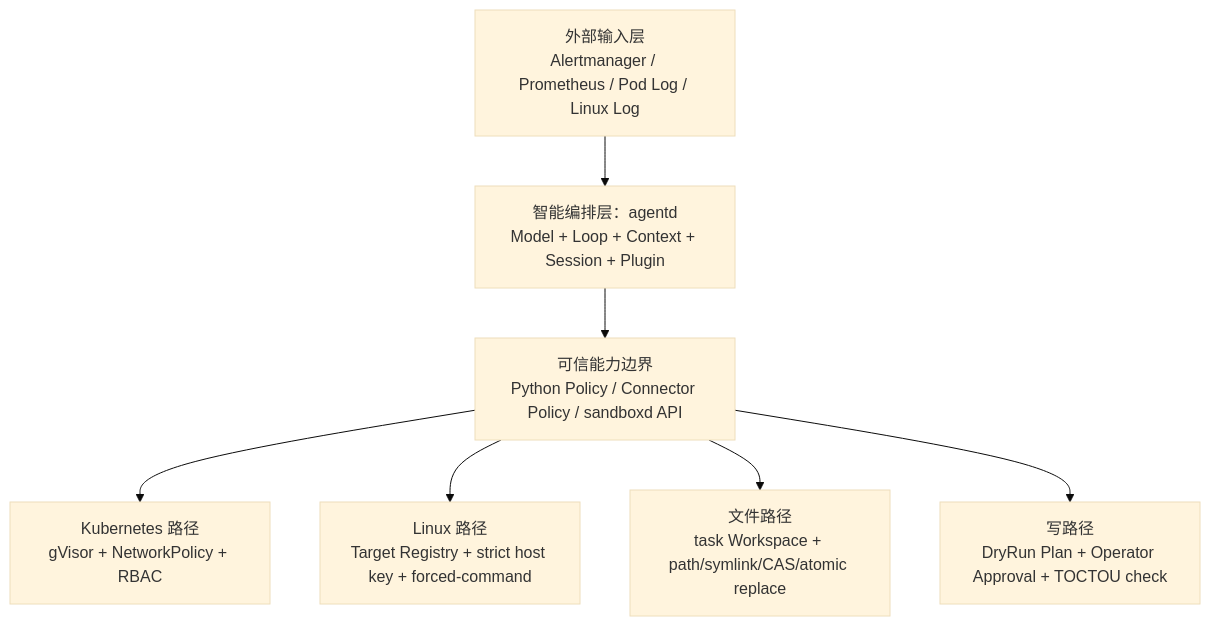
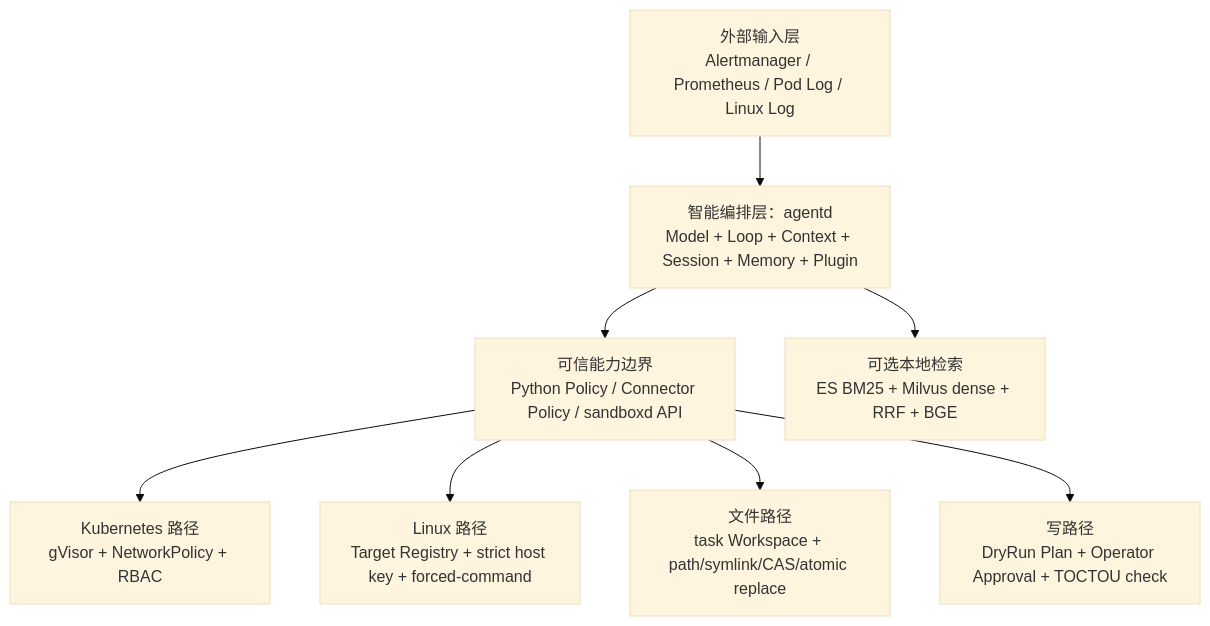
One commit to chx739/sandboxd changed the first of 2 diagrams in docs/24-项目全景与心智模型.md. Above: the diagram before and after it, drawn with Mermaid (base theme). The commit also changed other lines of this file and 27 other files, not shown here.

```diff
--- a/docs/24-项目全景与心智模型.md
+++ b/docs/24-项目全景与心智模型.md
@@ -18,10 +18,11 @@
 ~~~mermaid
 flowchart TB
     Input["外部输入层<br/>Alertmanager / Prometheus / Pod Log / Linux Log"] --> Agent
-    Agent["智能编排层：agentd<br/>Model + Loop + Context + Session + Plugin"]
+    Agent["智能编排层：agentd<br/>Model + Loop + Context + Session + Memory + Plugin"]
     Agent --> Bound["可信能力边界<br/>Python Policy / Connector Policy / sandboxd API"]
     Bound --> K8s["Kubernetes 路径<br/>gVisor + NetworkPolicy + RBAC"]
     Bound --> SSH["Linux 路径<br/>Target Registry + strict host key + forced-command"]
     Bound --> File["文件路径<br/>task Workspace + path/symlink/CAS/atomic replace"]
     Bound --> Write["写路径<br/>DryRun Plan + Operator Approval + TOCTOU check"]
+    Agent --> Rag["可选本地检索<br/>ES BM25 + Milvus dense + RRF + BGE"]
 ~~~
```
